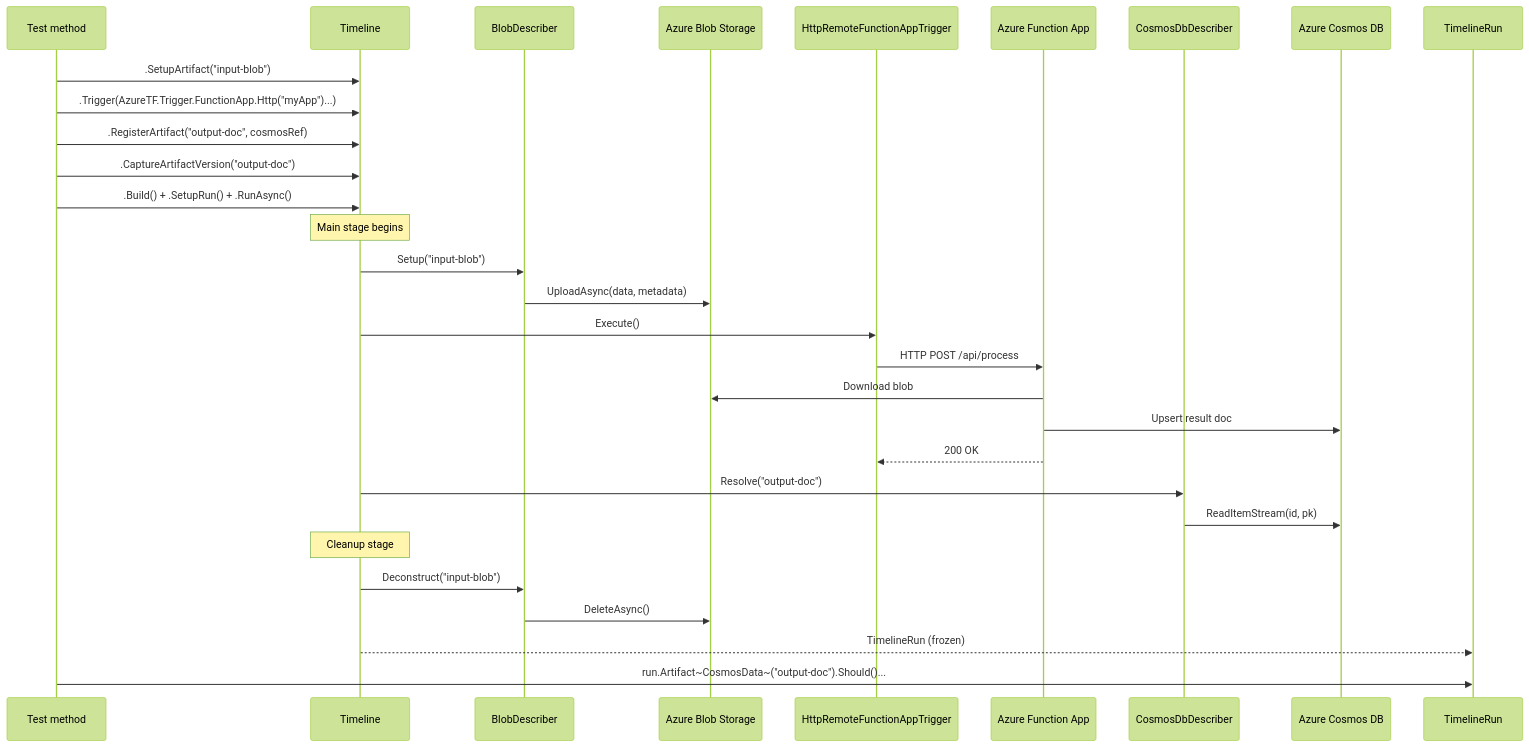
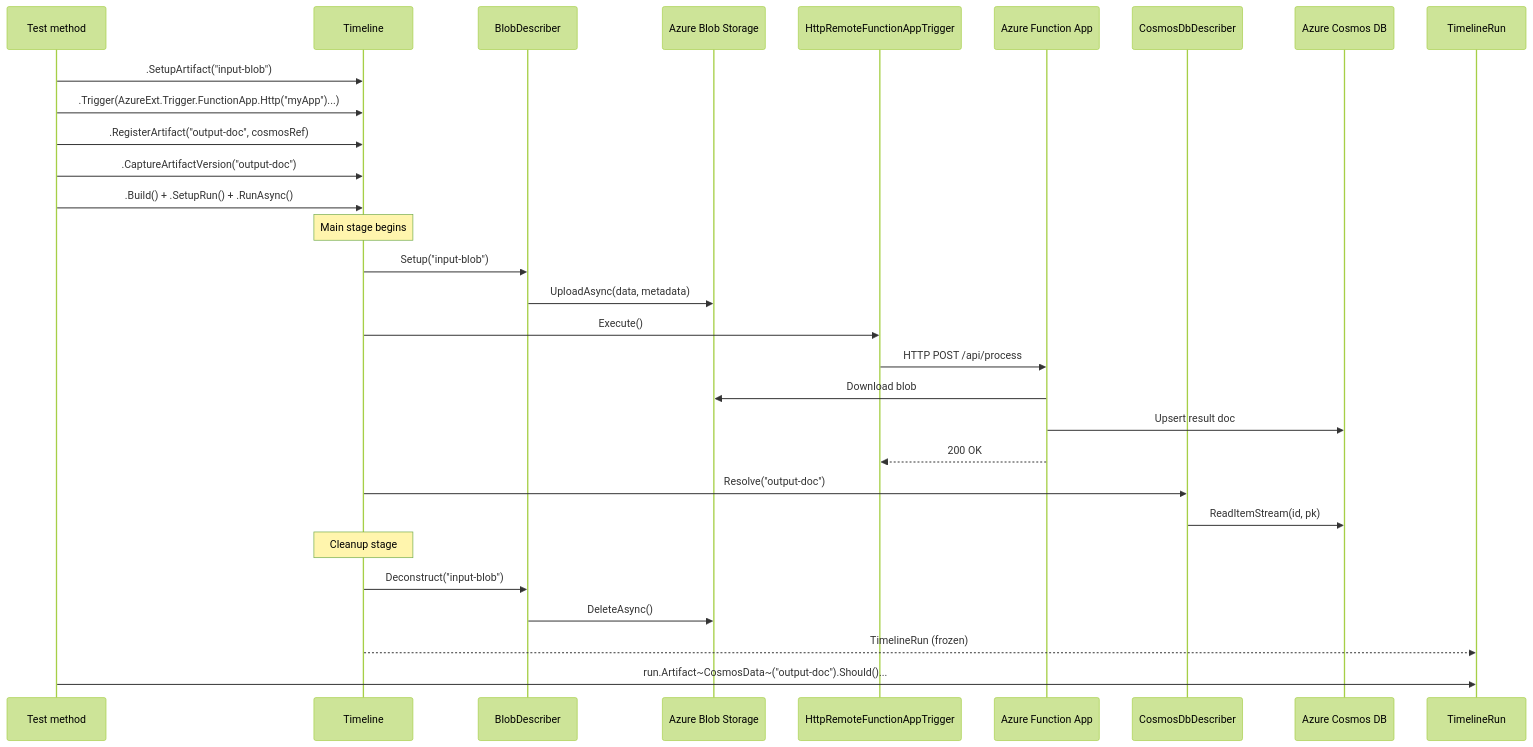
The tenth of 17 diagrams in Documentation/Arc42.md (DeadMoon0/TestFramework-Azure), drawn with Mermaid (forest theme) before and after one commit. The commit also changed other lines of this file and 28 other files, not shown here.

````diff
--- a/Documentation/Arc42.md
+++ b/Documentation/Arc42.md
@@ -419,38 +419,38 @@
 ```mermaid
 sequenceDiagram
     participant Test as Test method
     participant TL as Timeline
     participant BS as BlobDescriber
     participant BLOB as Azure Blob Storage
     participant FT as HttpRemoteFunctionAppTrigger
     participant FUNC as Azure Function App
     participant CD as CosmosDbDescriber
     participant COSMOS as Azure Cosmos DB
     participant TR as TimelineRun
 
     Test->>TL: .SetupArtifact("input-blob")
-    Test->>TL: .Trigger(AzureTF.Trigger.FunctionApp.Http("myApp")...)
+    Test->>TL: .Trigger(AzureExt.Trigger.FunctionApp.Http("myApp")...)
     Test->>TL: .RegisterArtifact("output-doc", cosmosRef)
     Test->>TL: .CaptureArtifactVersion("output-doc")
     Test->>TL: .Build() + .SetupRun() + .RunAsync()
 
     Note over TL: Main stage begins
     TL->>BS: Setup("input-blob")
     BS->>BLOB: UploadAsync(data, metadata)
 
     TL->>FT: Execute()
     FT->>FUNC: HTTP POST /api/process
     FUNC->>BLOB: Download blob
     FUNC->>COSMOS: Upsert result doc
     FUNC-->>FT: 200 OK
 
     TL->>CD: Resolve("output-doc")
     CD->>COSMOS: ReadItemStream(id, pk)
 
     Note over TL: Cleanup stage
     TL->>BS: Deconstruct("input-blob")
     BS->>BLOB: DeleteAsync()
 
     TL-->>TR: TimelineRun (frozen)
     Test->>TR: run.Artifact~CosmosData~("output-doc").Should()...
 ```
````
